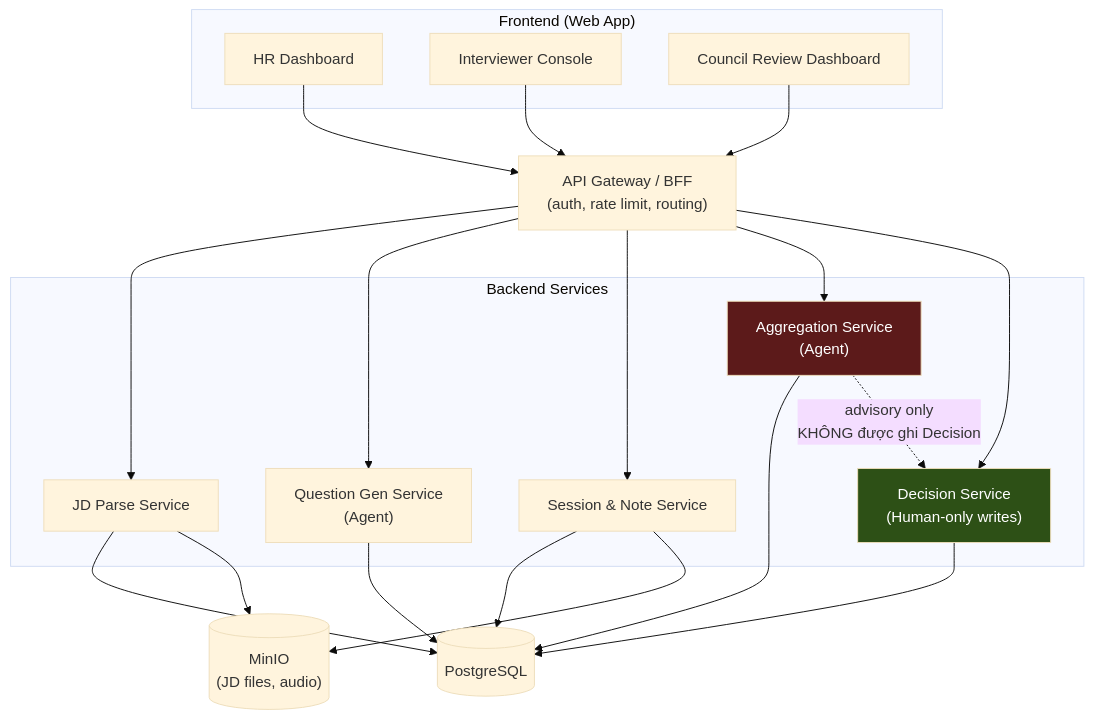
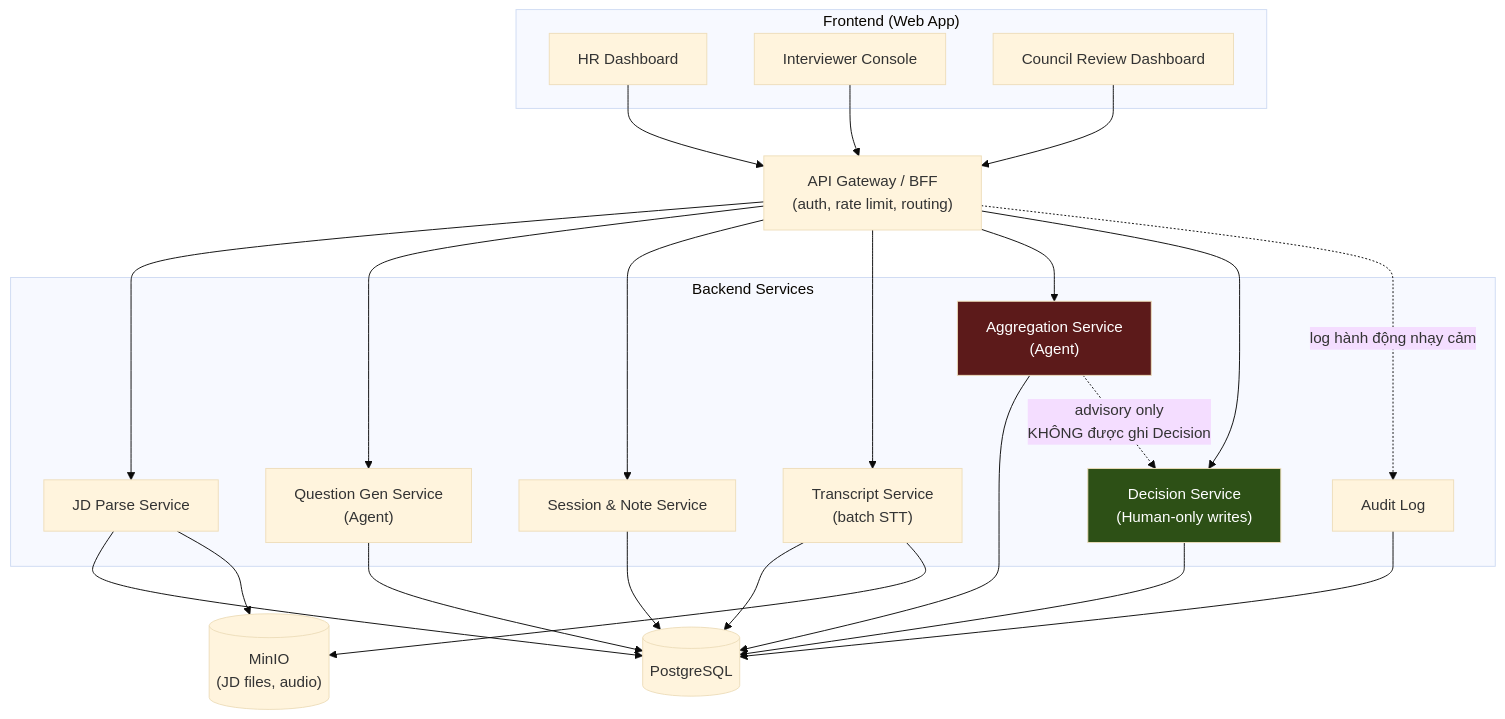
One commit to Dinhthuy2k5/interview-assist-agent changed the first of 4 diagrams in docs/architecture.md. Above: the diagram before and after it, drawn with Mermaid (base theme). The commit also changed other lines of this file and 3 other files, not shown here.

````diff
--- a/docs/architecture.md
+++ b/docs/architecture.md
@@ -28,44 +40,50 @@
 ```mermaid
 flowchart TB
     subgraph FE["Frontend (Web App)"]
         HR[HR Dashboard]
         IC[Interviewer Console]
         CR[Council Review Dashboard]
     end
 
     GW["API Gateway / BFF<br/>(auth, rate limit, routing)"]
 
     subgraph Services["Backend Services"]
         JDP["JD Parse Service"]
         QG["Question Gen Service<br/>(Agent)"]
         SN["Session & Note Service"]
+        TR["Transcript Service<br/>(batch STT)"]
         AG["Aggregation Service<br/>(Agent)"]
         DEC["Decision Service<br/>(Human-only writes)"]
+        AUD["Audit Log"]
     end
 
     DB[("PostgreSQL")]
     OBJ[("MinIO<br/>(JD files, audio)")]
 
     HR --> GW
     IC --> GW
     CR --> GW
 
     GW --> JDP
     GW --> QG
     GW --> SN
+    GW --> TR
     GW --> AG
     GW --> DEC
 
     JDP --> DB
     JDP --> OBJ
     QG --> DB
     SN --> DB
-    SN --> OBJ
+    TR --> DB
+    TR --> OBJ
     AG --> DB
     DEC --> DB
+    GW -.->|"log hành động nhạy cảm"| AUD
+    AUD --> DB
 
     AG -.->|"advisory only<br/>KHÔNG được ghi Decision"| DEC
 
     style DEC fill:#2d5016,color:#fff
     style AG fill:#5c1a1a,color:#fff
 ```
````
